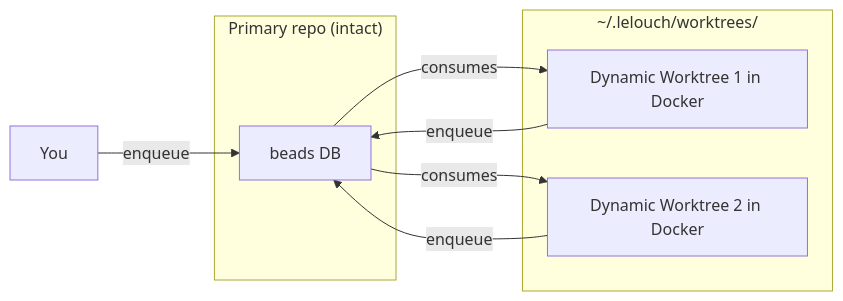
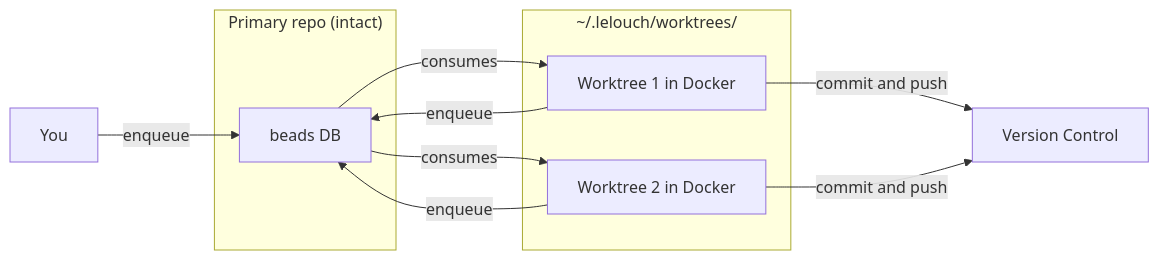
The diagram in docs/example_worktree_workflow.md (toumorokoshi/lelouch), drawn with Mermaid before and after one commit. The commit also changed other lines of this file, not shown here.

Commit message:
updating diagram

````diff
--- a/docs/example_worktree_workflow.md
+++ b/docs/example_worktree_workflow.md
@@ -25,19 +25,24 @@
 ```mermaid
 flowchart LR
     subgraph primary["Primary repo (intact)"]
         P_B[beads DB]
     end
 
     subgraph dynamic_workers["~/.lelouch/worktrees/"]
-        W1_L[Dynamic Worktree 1 in Docker]
-        W2_L[Dynamic Worktree 2 in Docker]
+        W1_L[Worktree 1 in Docker]
+        W2_L[Worktree 2 in Docker]
     end
 
     you[You] -->|enqueue| P_B
 
     W1_L -->|enqueue| P_B
     P_B -->|consumes| W1_L
 
     W2_L -->|enqueue| P_B
     P_B -->|consumes| W2_L
+
+    vcs["Version Control"]
+
+    W1_L -->|commit and push| vcs
+    W2_L -->|commit and push| vcs
 ```
````
